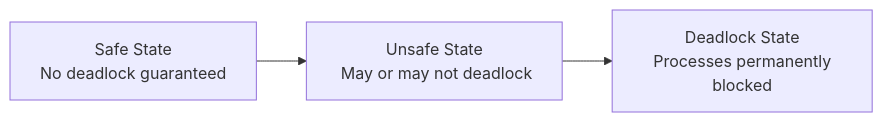
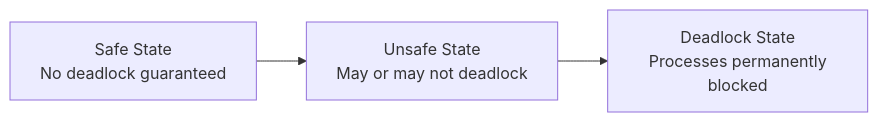
Before and after one commit to amitdevx/TY: the fourth of 4 diagrams in 01-Semester-V/CS-302-MJ-T-Operating-Systems/Unit-4.md, drawn with Mermaid. The commit also changed other lines of this file and 186 other files, not shown here.

````diff
--- a/01-Semester-V/CS-302-MJ-T-Operating-Systems/Unit-4.md
+++ b/01-Semester-V/CS-302-MJ-T-Operating-Systems/Unit-4.md
@@ -188,5 +191,5 @@
 ```mermaid
 graph LR
-    Safe["Safe State\n No deadlock guaranteed"] --> Unsafe["Unsafe State\n️ May or may not deadlock"]
-    Unsafe --> Deadlock["Deadlock State\n Processes permanently blocked"]
+    Safe["Safe State<br/> No deadlock guaranteed"] --> Unsafe["Unsafe State<br/> May or may not deadlock"]
+    Unsafe --> Deadlock["Deadlock State<br/> Processes permanently blocked"]
 ```
````
